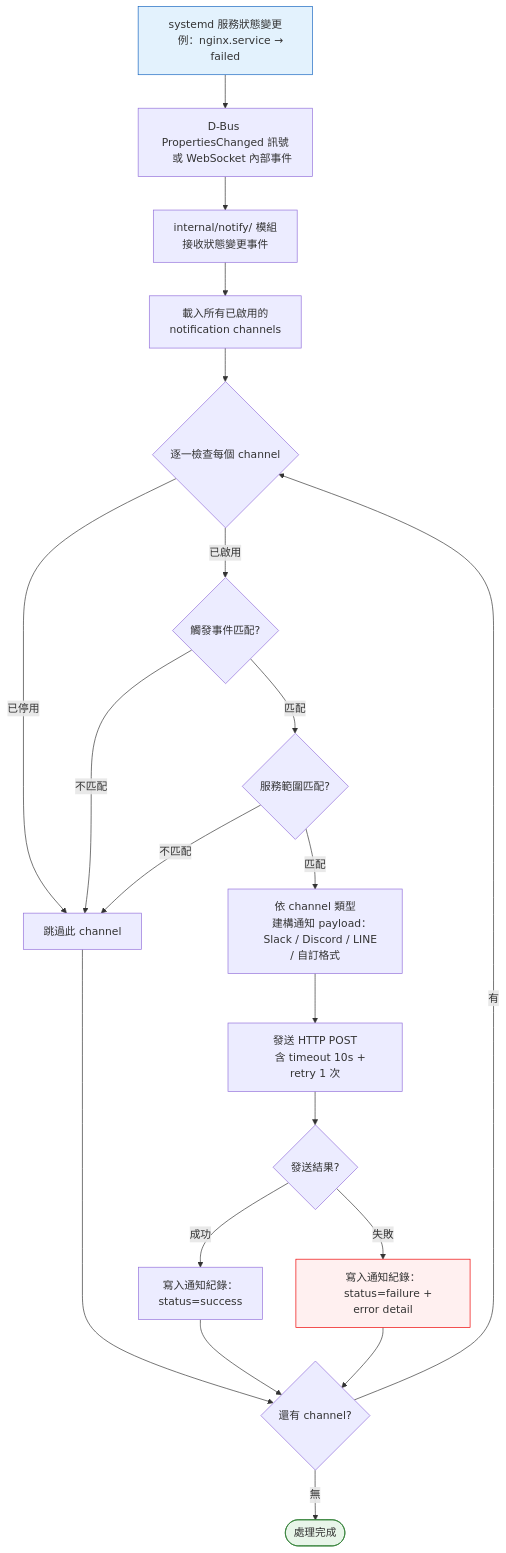
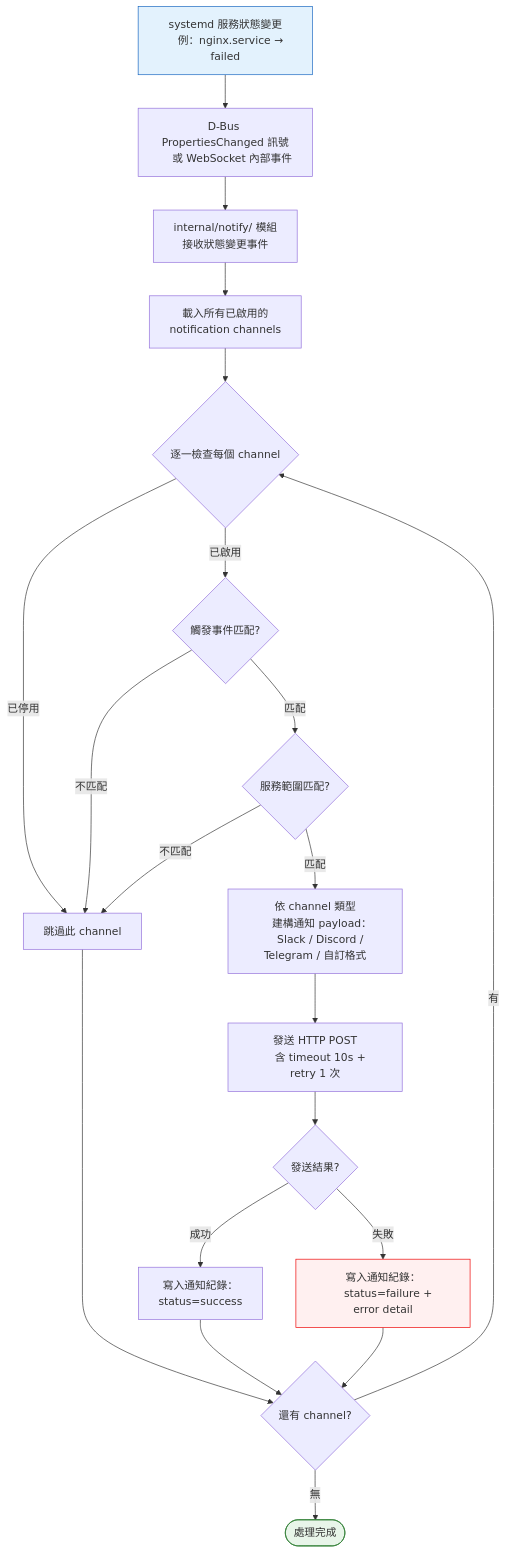
The fourth of 5 diagrams in docs/interaction-flows/013-webhook-notification.md (YuHaoLiaoSideProject/LinuxServiceManger), drawn with Mermaid before and after one commit. The commit also changed other lines of this file and 42 other files, not shown here.

````diff
--- a/docs/interaction-flows/013-webhook-notification.md
+++ b/docs/interaction-flows/013-webhook-notification.md
@@ -178,48 +179,48 @@
 ```mermaid
 flowchart TD
     StateChange[systemd 服務狀態變更
     例：nginx.service → failed]
 
     StateChange --> DBusSignal[D-Bus PropertiesChanged 訊號
     或 WebSocket 內部事件]
 
     DBusSignal --> NotifyModule[internal/notify/ 模組
     接收狀態變更事件]
 
     NotifyModule --> LoadRules[載入所有已啟用的
     notification channels]
 
     LoadRules --> IterateChannels{逐一檢查每個 channel}
 
     IterateChannels -- 已停用 --> SkipChannel[跳過此 channel]
     IterateChannels -- 已啟用 --> CheckEvent{觸發事件匹配?}
 
     CheckEvent -- 不匹配 --> SkipChannel
     CheckEvent -- 匹配 --> CheckService{服務範圍匹配?}
 
     CheckService -- 不匹配 --> SkipChannel
     CheckService -- 匹配 --> BuildPayload[依 channel 類型
     建構通知 payload：
-    Slack / Discord / LINE / 自訂格式]
+    Slack / Discord / Telegram / 自訂格式]
 
     BuildPayload --> SendWebhook[發送 HTTP POST
     含 timeout 10s + retry 1 次]
 
     SendWebhook --> SendResult{發送結果?}
 
     SendResult -- 成功 --> LogSuccess[寫入通知紀錄：
     status=success]
     SendResult -- 失敗 --> LogFail[寫入通知紀錄：
     status=failure + error detail]
 
     SkipChannel --> NextChannel{還有 channel?}
     LogSuccess --> NextChannel
     LogFail --> NextChannel
 
     NextChannel -- 有 --> IterateChannels
     NextChannel -- 無 --> Done([處理完成])
 
     style StateChange fill:#e3f2fd,stroke:#1565c0
     style Done fill:#e8f5e9,stroke:#2e7d32
     style LogFail fill:#fff0f0,stroke:#e00
 ```
````
